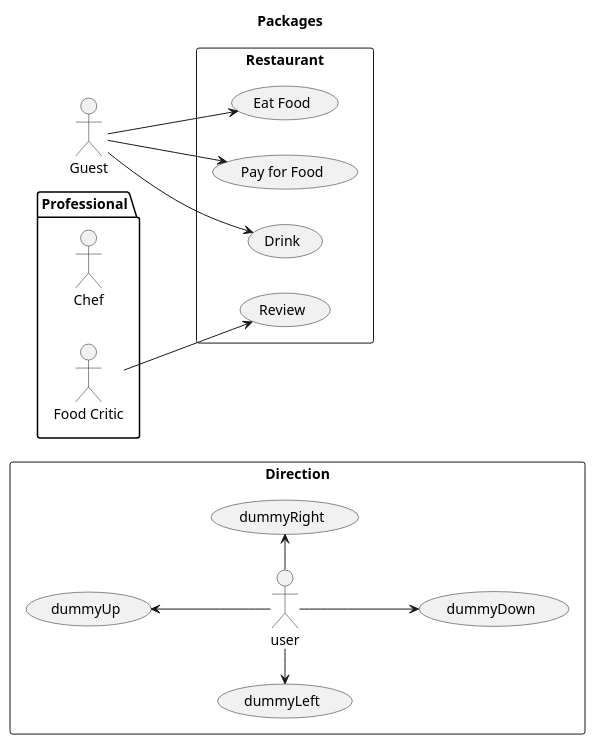
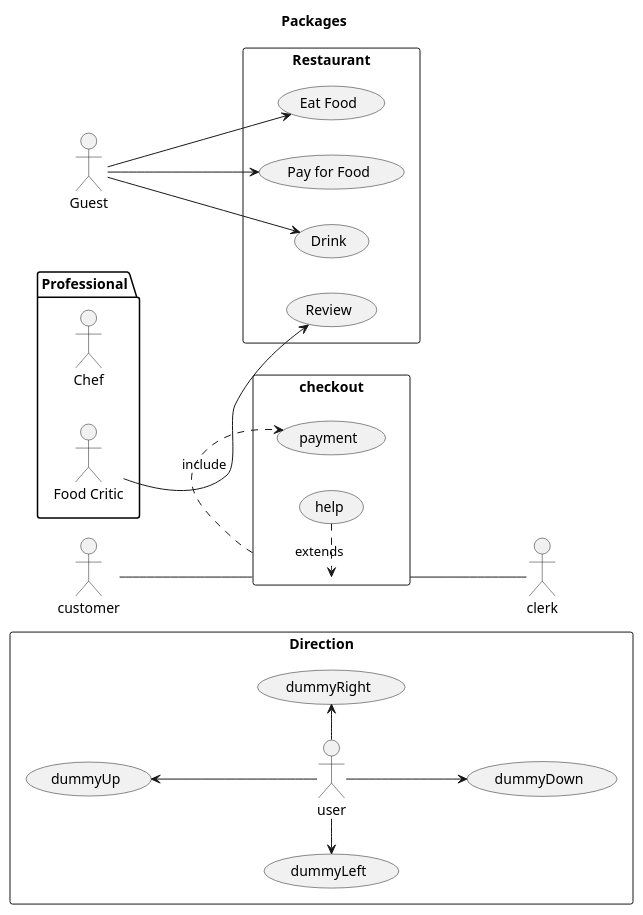
The diagram in usecase/package.plantuml (TabotCharlesBessong/XML), drawn with PlantUML before and after one commit.

Commit message:
includes and excludes

```diff
--- a/usecase/package.plantuml
+++ b/usecase/package.plantuml
@@ -1,28 +1,39 @@
 @startuml package
 title Packages
 left to right direction
 actor Guest as g
 package Professional {
 actor Chef as c
 actor "Food Critic" as fc
 }
 rectangle Restaurant {
 usecase "Eat Food" as UC1
 usecase "Pay for Food" as UC2
 usecase "Drink" as UC3
 usecase "Review" as UC4
 }
 
 rectangle Direction {
 :user: -left-> (dummyLeft)
 :user: -right-> (dummyRight)
 :user: -up-> (dummyUp)
 :user: -down-> (dummyDown)
 
 }
 
+left to right direction
+skinparam packageStyle rectangle
+actor customer
+actor clerk
+rectangle checkout {
+customer -- (checkout)
+(checkout) .> (payment) : include
+(help) .> (checkout) : extends
+(checkout) -- clerk
+}
+
 fc --> UC4
 g --> UC1
 g --> UC2
 g --> UC3
 @enduml
```
